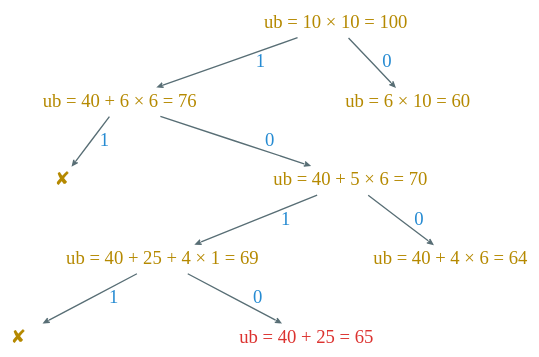
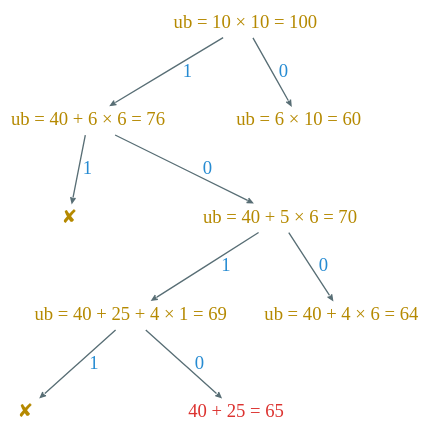
The diagram in dot/bag.dot (Avanti1980/course-alg), drawn with Graphviz before and after one commit. The commit also changed 8 other files, not shown here.

```diff
--- a/dot/bag.dot
+++ b/dot/bag.dot
@@ -1,28 +1,28 @@
 digraph g {
     bgcolor=transparent
     rankdir=TB
-    graph [nodesep=1,  ranksep=0.3]
+    graph [nodesep=0.2,  ranksep=0.5]
     node [shape=plaintext,  color="#586e75",  fixedsize=true,  width=2,  height=0.3,  fontcolor="#b58900",  fontsize=14,  fontname="LXGWWenKai"]
     edge [arrowhead=vee,  color="#586e75",  fontcolor="#268bd2",  fontsize=14,  fontname="LXGWWenKai",  arrowsize=0.4]
 
     root [label="ub = 10 × 10 = 100"]
 
     root -> "ub = 40 + 6 × 6 = 76" [label=1]
     root -> "ub = 6 × 10 = 60" [label=0]
 
     n1 [label=✘]
 
     "ub = 40 + 6 × 6 = 76" -> n1 [label=1]
     "ub = 40 + 6 × 6 = 76" -> "ub = 40 + 5 × 6 = 70" [label=0]
 
     "ub = 40 + 5 × 6 = 70" -> "ub = 40 + 25 + 4 × 1 = 69" [label=1]
     "ub = 40 + 5 × 6 = 70" -> "ub = 40 + 4 × 6 = 64" [label=0]
 
     n2 [label=✘]
 
     "ub = 40 + 25 + 4 × 1 = 69" -> n2 [label=1]
 
     node [fontcolor="#dc322f"]
 
-    "ub = 40 + 25 + 4 × 1 = 69" -> "ub = 40 + 25 = 65" [label=0]
+    "ub = 40 + 25 + 4 × 1 = 69" -> "40 + 25 = 65" [label=0]
 }
```
